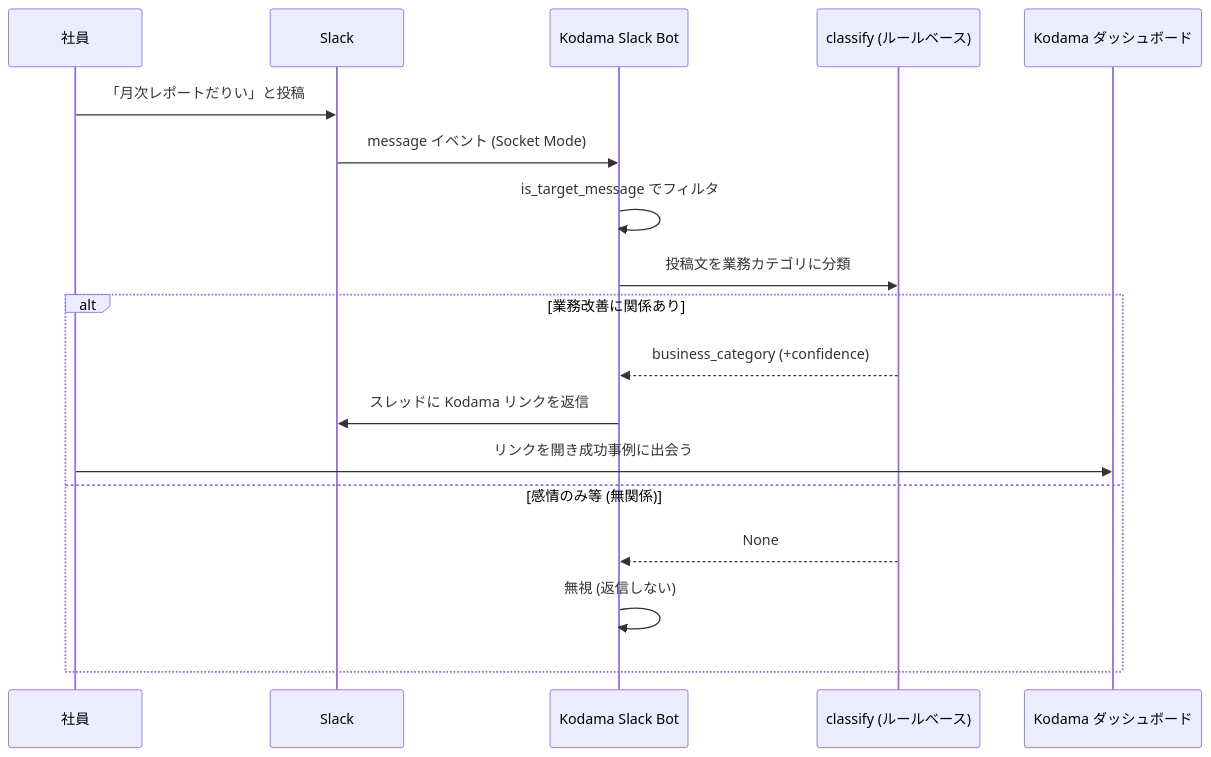
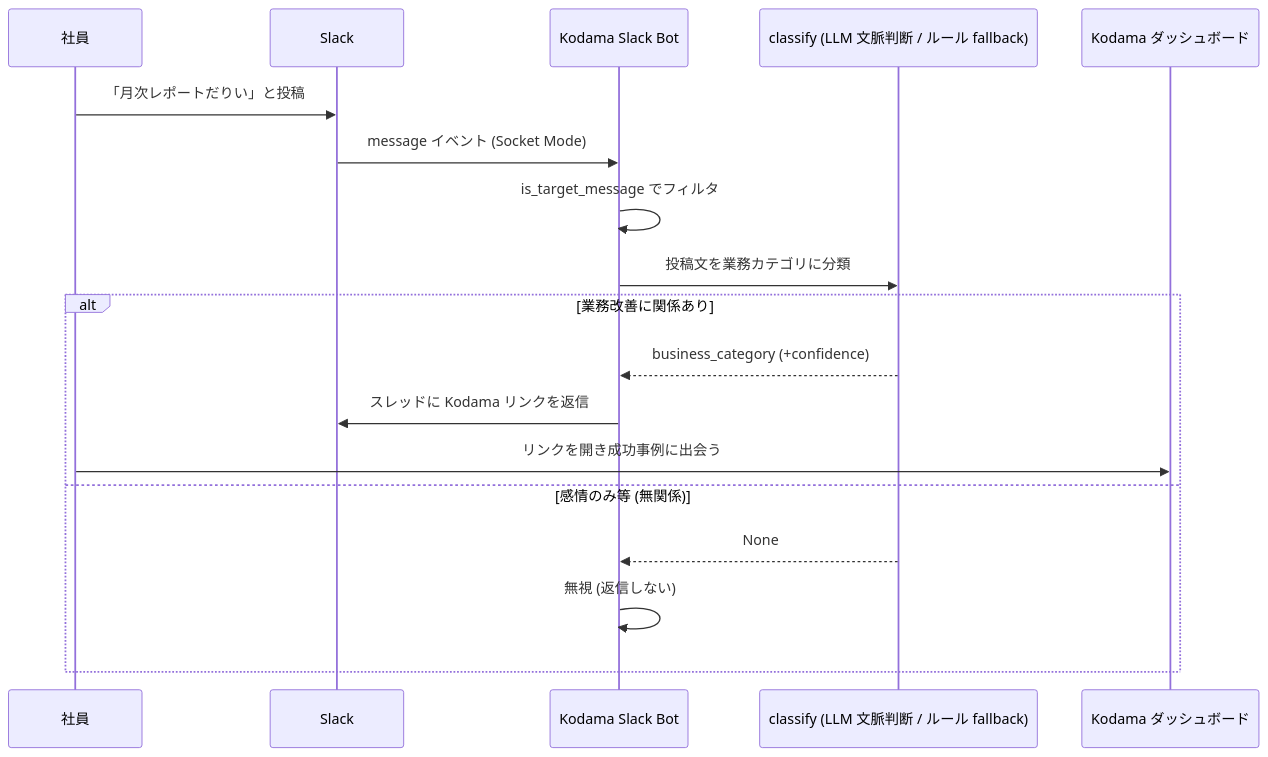
Before and after one commit to motoshifurugen/microsoft-agent-hackathon: the second of 2 diagrams in docs/zenn-article.md, drawn with Mermaid. The commit also changed other lines of this file, not shown here.

First line of the commit message:
docs(article): describe LLM-based classification for judging axis 2

````diff
--- a/docs/zenn-article.md
+++ b/docs/zenn-article.md
@@ -216,21 +216,21 @@
 ```mermaid
 sequenceDiagram
     participant U as 社員
     participant S as Slack #はてなボックス
     participant Bot as Kodama Slack Bot
-    participant C as classify (ルールベース)
+    participant C as classify (LLM 文脈判断 / ルール fallback)
     participant K as Kodama ダッシュボード
 
     U->>S: 「月次レポートだりい」と投稿
     S->>Bot: message イベント (Socket Mode)
     Bot->>Bot: is_target_message でフィルタ
     Bot->>C: 投稿文を業務カテゴリに分類
     alt 業務改善に関係あり
         C-->>Bot: business_category (+confidence)
         Bot->>S: スレッドに Kodama リンクを返信
         U->>K: リンクを開き成功事例に出会う
     else 感情のみ等 (無関係)
         C-->>Bot: None
         Bot->>Bot: 無視 (返信しない)
     end
 ```
````
